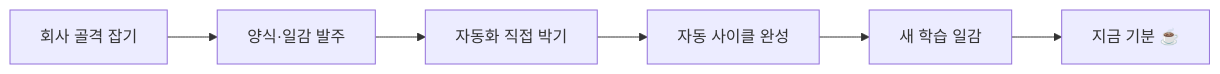
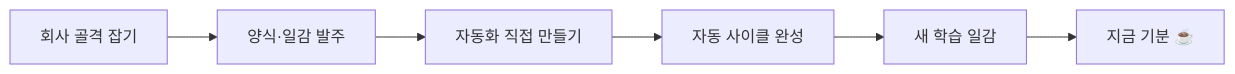
One commit to linisia/eric-company changed the second of 2 diagrams in content/diary/b/15.md. Above: the diagram before and after it, drawn with Mermaid. The commit also changed other lines of this file, not shown here.

````diff
--- a/content/diary/b/15.md
+++ b/content/diary/b/15.md
@@ -26,8 +26,8 @@
 ```mermaid
 flowchart LR
     A[회사 골격 잡기] --> B[양식·일감 발주]
-    B --> C[자동화 직접 박기]
+    B --> C[자동화 직접 만들기]
     C --> D[자동 사이클 완성]
     D --> E[새 학습 일감]
     E --> F[지금 기분 ☕]
 ```
````
